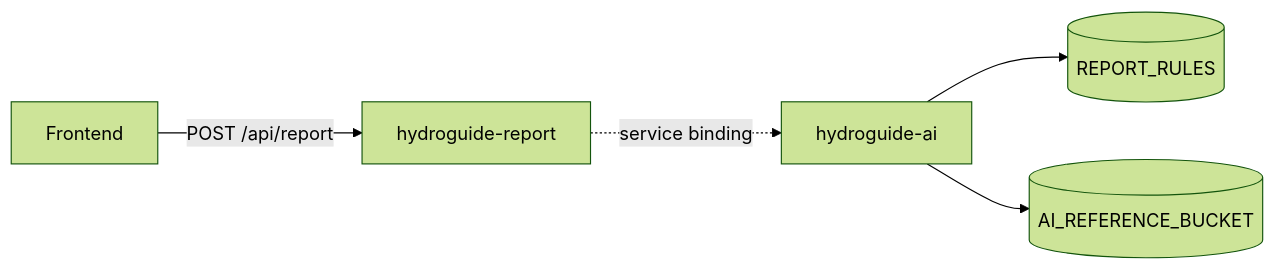
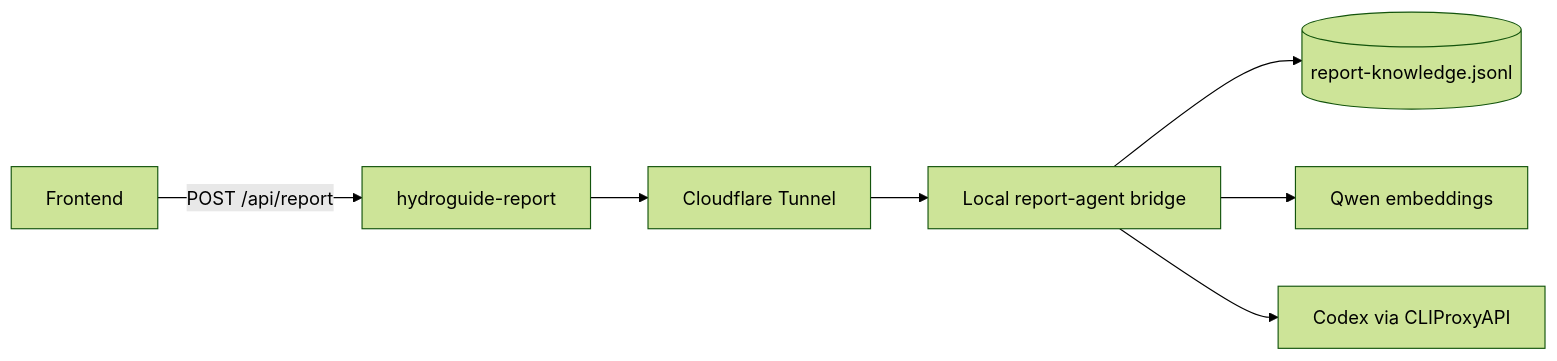
One commit to nikolsen1234-bit/hydroguide changed the second of 3 diagrams in docs/arkitektur.md. Above: the diagram before and after it, drawn with Mermaid (forest theme). The commit also changed other lines of this file and 171 other files, not shown here.

First line of the commit message:
Migrate report flow to local bridge and clean working state

````diff
--- a/docs/arkitektur.md
+++ b/docs/arkitektur.md
@@ -62,7 +67,9 @@
 ```mermaid
 flowchart LR
     spa[Frontend] -->|POST /api/report| report[hydroguide-report]
-    report -.service binding.-> ai[hydroguide-ai]
-    ai --> kv[(REPORT_RULES)]
-    ai --> r2[(AI_REFERENCE_BUCKET)]
+    report --> tunnel[Cloudflare Tunnel]
+    tunnel --> bridge[Local report-agent bridge]
+    bridge --> jsonl[(report-knowledge.jsonl)]
+    bridge --> qwen[Qwen embeddings]
+    bridge --> codex[Codex via CLIProxyAPI]
 ```
````
